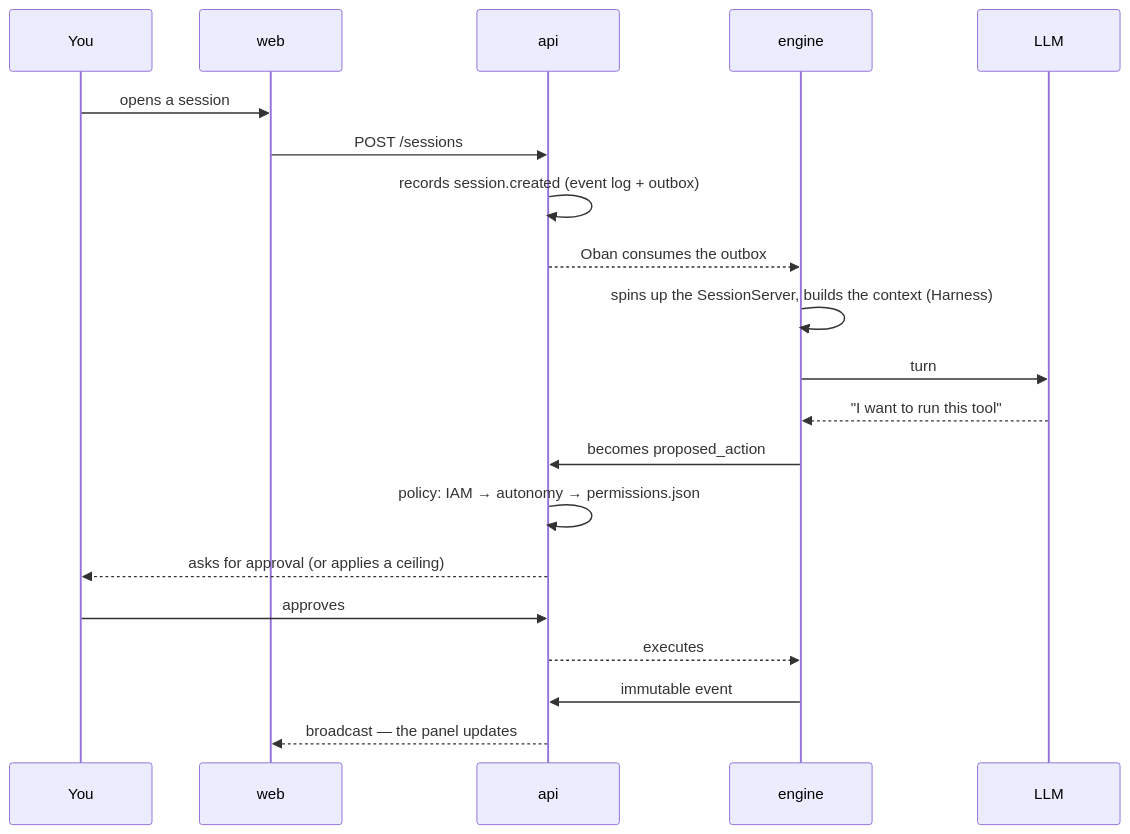
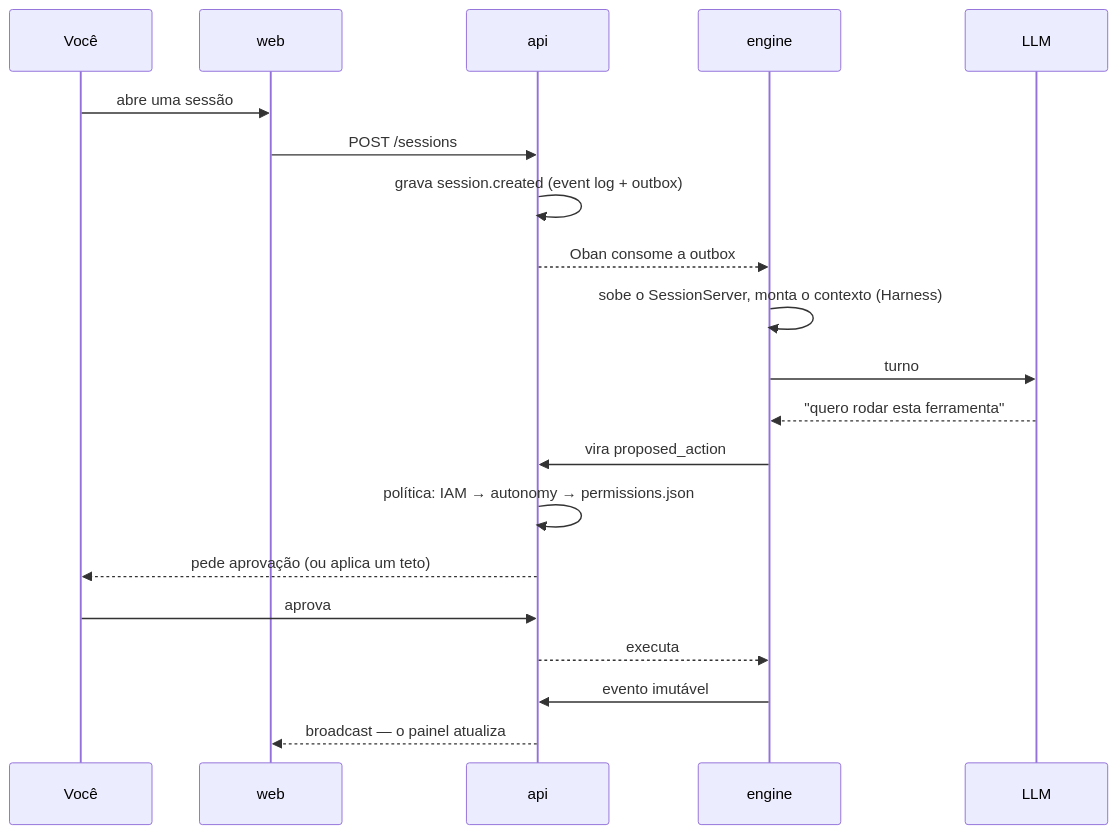
The diagram in docs/intro.md (daneiel/brabo), drawn with Mermaid before and after one commit. The commit also changed other lines of this file and 343 other files, not shown here.

````diff
--- a/docs/intro.md
+++ b/docs/intro.md
@@ -48,23 +46,23 @@
 ```mermaid
 sequenceDiagram
-  participant U as You
+  participant U as Você
   participant W as web
   participant A as api
   participant E as engine
   participant L as LLM
 
-  U->>W: opens a session
+  U->>W: abre uma sessão
   W->>A: POST /sessions
-  A->>A: records session.created (event log + outbox)
-  A-->>E: Oban consumes the outbox
-  E->>E: spins up the SessionServer, builds the context (Harness)
-  E->>L: turn
-  L-->>E: "I want to run this tool"
-  E->>A: becomes proposed_action
-  A->>A: policy: IAM → autonomy → permissions.json
-  A-->>U: asks for approval (or applies a ceiling)
-  U->>A: approves
-  A-->>E: executes
-  E->>A: immutable event
-  A-->>W: broadcast — the panel updates
+  A->>A: grava session.created (event log + outbox)
+  A-->>E: Oban consome a outbox
+  E->>E: sobe o SessionServer, monta o contexto (Harness)
+  E->>L: turno
+  L-->>E: "quero rodar esta ferramenta"
+  E->>A: vira proposed_action
+  A->>A: política: IAM → autonomy → permissions.json
+  A-->>U: pede aprovação (ou aplica um teto)
+  U->>A: aprova
+  A-->>E: executa
+  E->>A: evento imutável
+  A-->>W: broadcast — o painel atualiza
 ```
````
